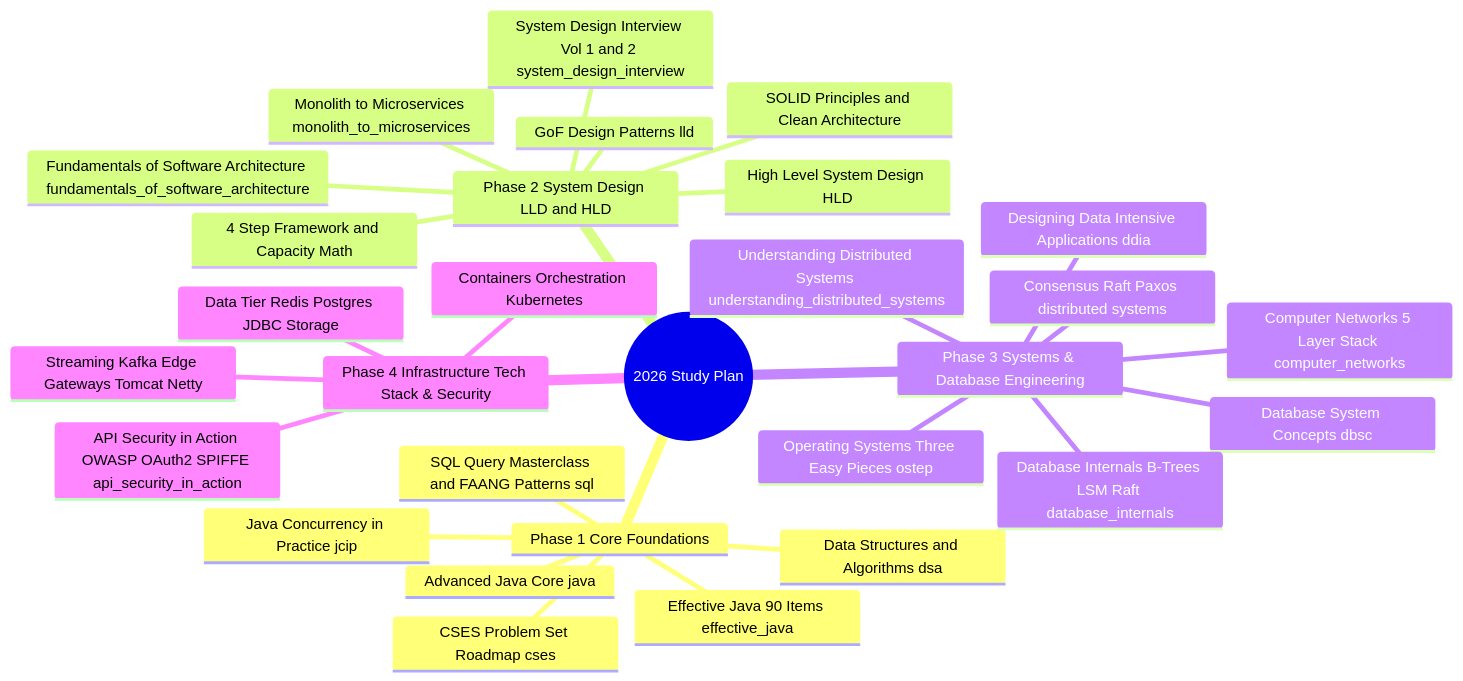
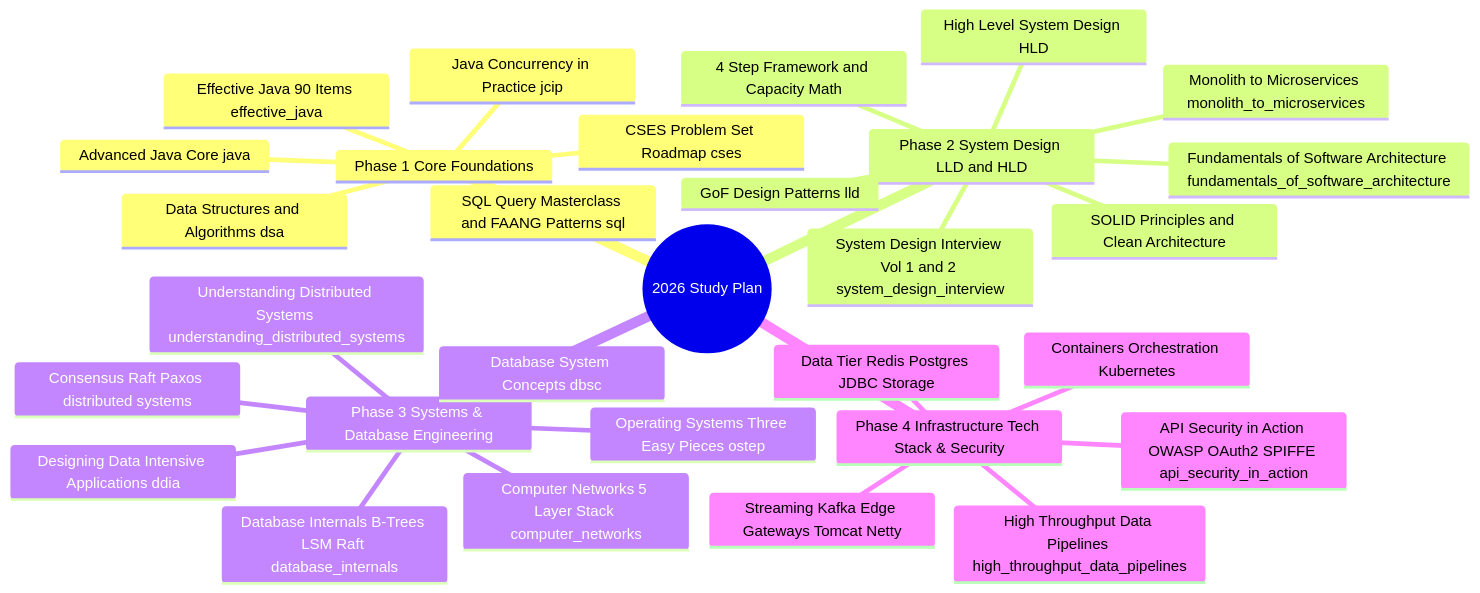
One commit to chauhankartik/private-2026 changed the diagram in STUDY_PLAN_2026.md. Above: the diagram before and after it, drawn with Mermaid. The commit also changed other lines of this file and 5 other files, not shown here.

Commit message:
feat(data-pipelines): add High-Throughput Data Pipelines module with 4 detailed guides across Kappa/Lambda architectures, Kafka batching, Flink windowing, Parquet columnar storage, zero-copy, Chandy-Lamport checkpointing, and key salting with Mermaid diagrams

````diff
--- a/STUDY_PLAN_2026.md
+++ b/STUDY_PLAN_2026.md
@@ -9,32 +9,33 @@
 ```mermaid
 mindmap
   root((2026 Study Plan))
     Phase 1 Core Foundations
       Data Structures and Algorithms dsa
       CSES Problem Set Roadmap cses
       Advanced Java Core java
       Effective Java 90 Items effective_java
       Java Concurrency in Practice jcip
       SQL Query Masterclass and FAANG Patterns sql
     Phase 2 System Design LLD and HLD
       SOLID Principles and Clean Architecture
       GoF Design Patterns lld
       High Level System Design HLD
       4 Step Framework and Capacity Math
       System Design Interview Vol 1 and 2 system_design_interview
       Fundamentals of Software Architecture fundamentals_of_software_architecture
       Monolith to Microservices monolith_to_microservices
     Phase 3 Systems & Database Engineering
       Operating Systems Three Easy Pieces ostep
       Computer Networks 5 Layer Stack computer_networks
       Database System Concepts dbsc
       Database Internals B-Trees LSM Raft database_internals
       Designing Data Intensive Applications ddia
       Consensus Raft Paxos distributed systems
       Understanding Distributed Systems understanding_distributed_systems
     Phase 4 Infrastructure Tech Stack & Security
       Data Tier Redis Postgres JDBC Storage
       Streaming Kafka Edge Gateways Tomcat Netty
+      High Throughput Data Pipelines high_throughput_data_pipelines
       Containers Orchestration Kubernetes
       API Security in Action OWASP OAuth2 SPIFFE api_security_in_action
 ```
````
